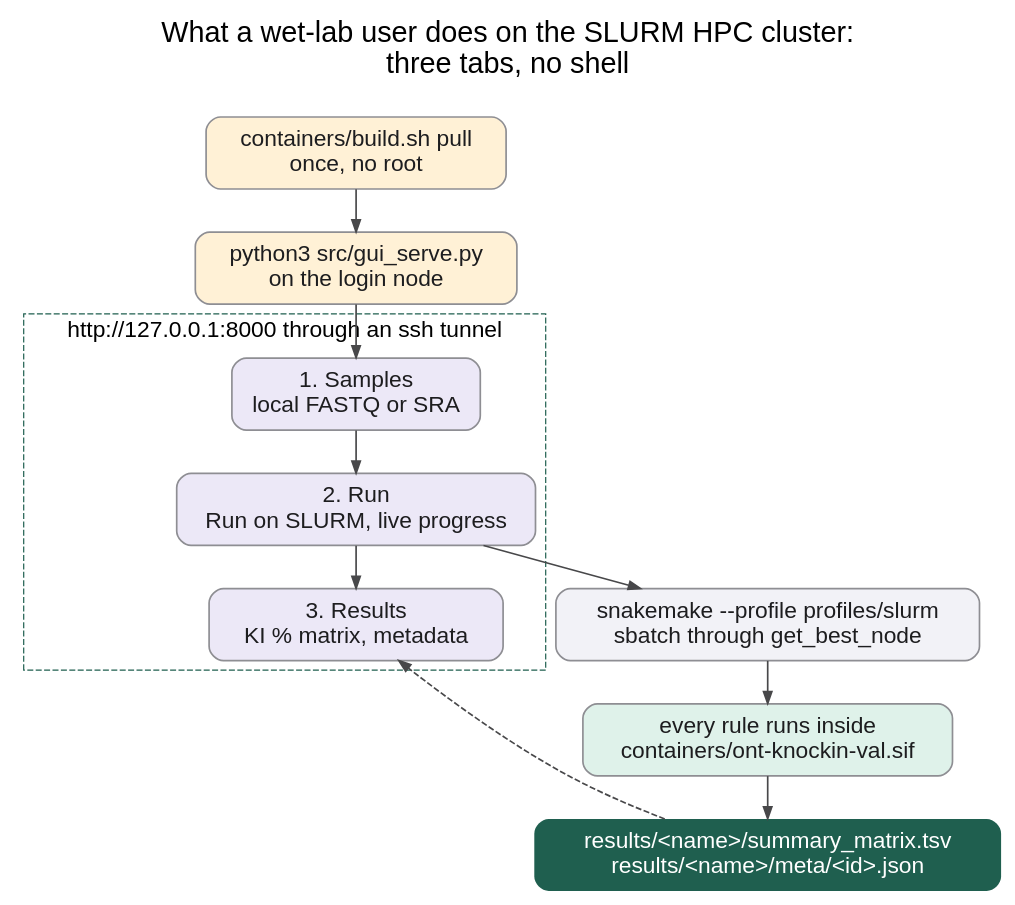
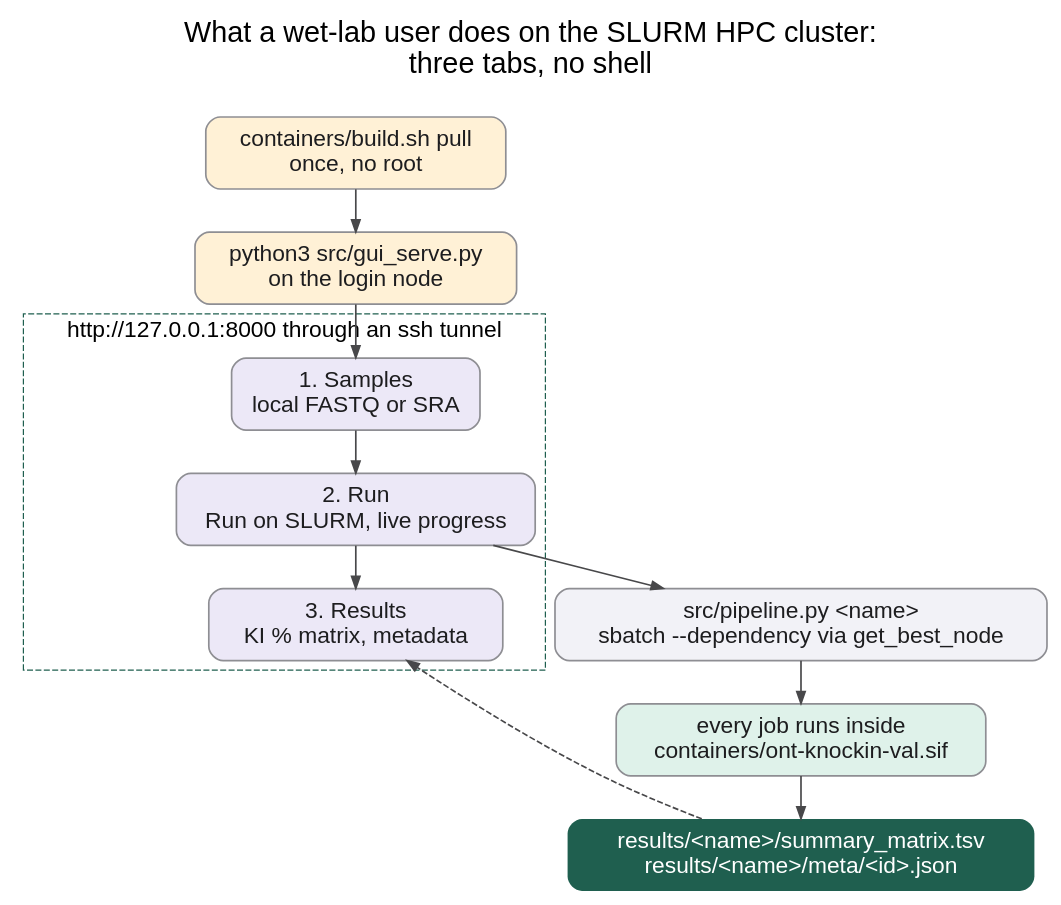
Before and after one commit to ssenci97/ONT-CRISPR-knock-in: the diagram in docs/diagrams/06_console.dot, drawn with Graphviz. The commit also changed 35 other files, not shown here.

```diff
--- a/docs/diagrams/06_console.dot
+++ b/docs/diagrams/06_console.dot
@@ -1,21 +1,21 @@
 digraph console {
   graph [rankdir=TB, bgcolor="white", fontname="Helvetica", fontsize=24, labelloc=t, nodesep=0.35, ranksep=0.5,
          label="What a wet-lab user does on the SLURM HPC cluster:\nthree tabs, no shell\n "];
   node [fontname="Helvetica", fontsize=19, shape=box, style="rounded,filled", color="#8e8e93", penwidth=1.4, fontcolor="#1d1d1f", margin="0.2,0.12"];
   edge [color="#48484a", arrowsize=1.0, penwidth=1.4];
 
   build [label="containers/build.sh pull\nonce, no root", fillcolor="#fff1d6"];
   serve [label="python3 src/gui_serve.py\non the login node", fillcolor="#fff1d6"];
   subgraph cluster_gui {
     label="http://127.0.0.1:8000 through an ssh tunnel"; fontname="Helvetica"; fontsize=19; color="#1f5f4f"; style=dashed;
     t1 [label="1. Samples\nlocal FASTQ or SRA", fillcolor="#ece8f7"];
     t2 [label="2. Run\nRun on SLURM, live progress", fillcolor="#ece8f7"];
     t3 [label="3. Results\nKI % matrix, metadata", fillcolor="#ece8f7"];
   }
-  sb [label="snakemake --profile profiles/slurm\nsbatch through get_best_node", fillcolor="#f2f2f7"];
-  sif [label="every rule runs inside\ncontainers/ont-knockin-val.sif", fillcolor="#dff2ea"];
+  sb [label="src/pipeline.py <name>\nsbatch --dependency via get_best_node", fillcolor="#f2f2f7"];
+  sif [label="every job runs inside\ncontainers/ont-knockin-val.sif", fillcolor="#dff2ea"];
   out [label="results/<name>/summary_matrix.tsv\nresults/<name>/meta/<id>.json", fillcolor="#1f5f4f", fontcolor="white", penwidth=0];
 
   build -> serve -> t1; t1 -> t2 -> t3;
   t2 -> sb -> sif -> out; out -> t3 [constraint=false, style=dashed];
 }
```
